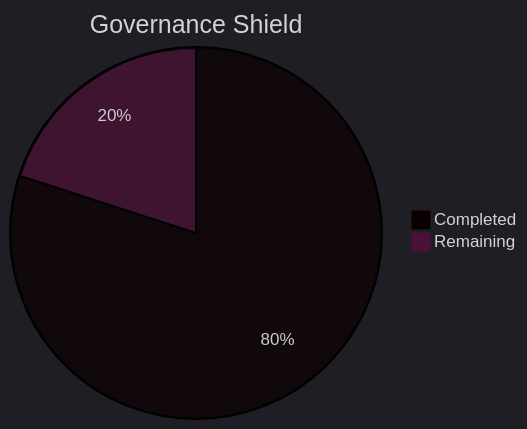
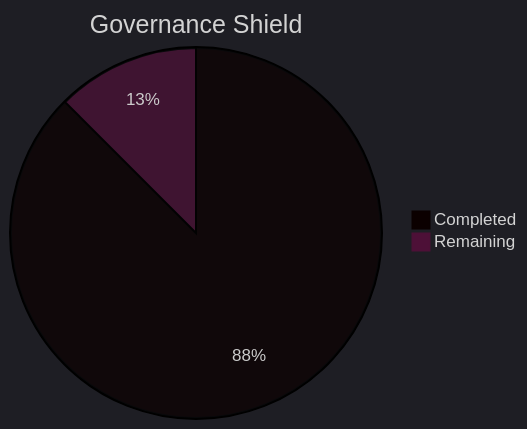
Before and after one commit to Neogleamz/SK8Lytz: the fourth of 5 diagrams in tools/SK8Lytz_Bucket_List.md, drawn with Mermaid. The commit also changed other lines of this file and 7 other files, not shown here.

````diff
--- a/tools/SK8Lytz_Bucket_List.md
+++ b/tools/SK8Lytz_Bucket_List.md
@@ -69,6 +62,6 @@
 ```mermaid
 %%{init: {'theme': 'dark'}}%%
 pie title Governance Shield
-  "Completed" : 4
+  "Completed" : 7
   "Remaining" : 1
 ```
````
